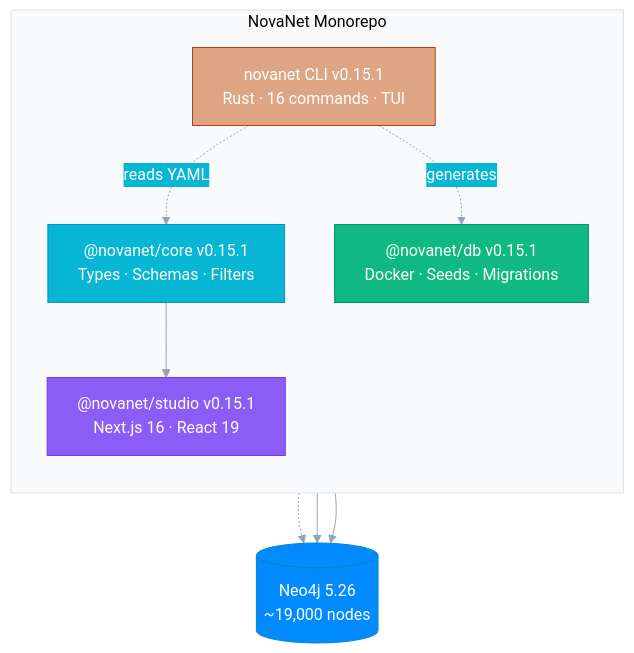
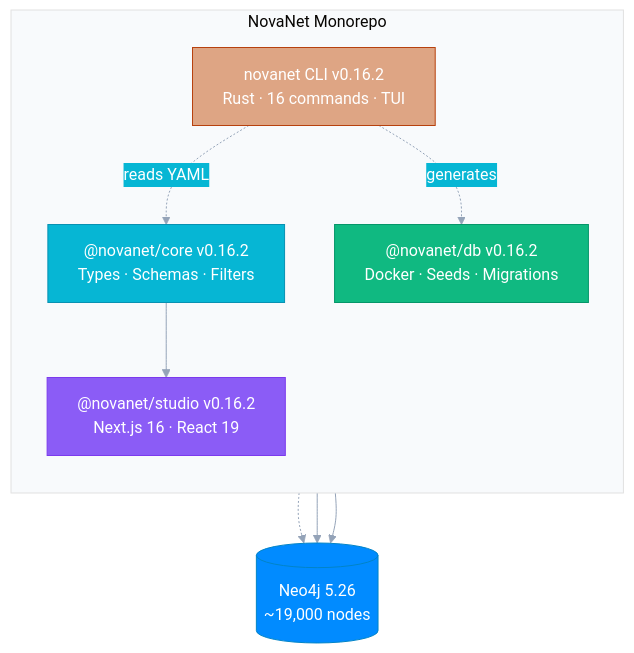
The diagram in README.md (supernovae-st/novanet), drawn with Mermaid before and after one commit. The commit also changed other lines of this file and 7 other files, not shown here.

````diff
--- a/README.md
+++ b/README.md
@@ -46,33 +46,33 @@
 ```mermaid
 %%{init: {'theme': 'base', 'themeVariables': {
   'primaryColor': '#6366f1',
   'primaryTextColor': '#fff',
   'primaryBorderColor': '#4f46e5',
   'lineColor': '#94a3b8',
   'secondaryColor': '#06b6d4',
   'tertiaryColor': '#f8fafc'
 }}}%%
 flowchart TB
     subgraph MONO["NovaNet Monorepo"]
         direction TB
-        CORE["@novanet/core v0.15.1\nTypes · Schemas · Filters"]
-        DB["@novanet/db v0.15.1\nDocker · Seeds · Migrations"]
-        STUDIO["@novanet/studio v0.15.1\nNext.js 16 · React 19"]
-        RUST["novanet CLI v0.15.1\nRust · 16 commands · TUI"]
+        CORE["@novanet/core v0.16.2\nTypes · Schemas · Filters"]
+        DB["@novanet/db v0.16.2\nDocker · Seeds · Migrations"]
+        STUDIO["@novanet/studio v0.16.2\nNext.js 16 · React 19"]
+        RUST["novanet CLI v0.16.2\nRust · 16 commands · TUI"]
     end
 
     CORE --> STUDIO
     RUST -.->|reads YAML| CORE
     RUST -.->|generates| DB
 
     NEO4J[("Neo4j 5.26\n~19,000 nodes")]
     DB -.-> NEO4J
     STUDIO --> NEO4J
     RUST --> NEO4J
 
     style CORE fill:#06b6d4,stroke:#0891b2,color:#fff
     style DB fill:#10b981,stroke:#059669,color:#fff
     style STUDIO fill:#8b5cf6,stroke:#7c3aed,color:#fff
     style RUST fill:#DEA584,stroke:#B7410E,color:#fff
     style NEO4J fill:#018bff,stroke:#0284c7,color:#fff
 ```
````
